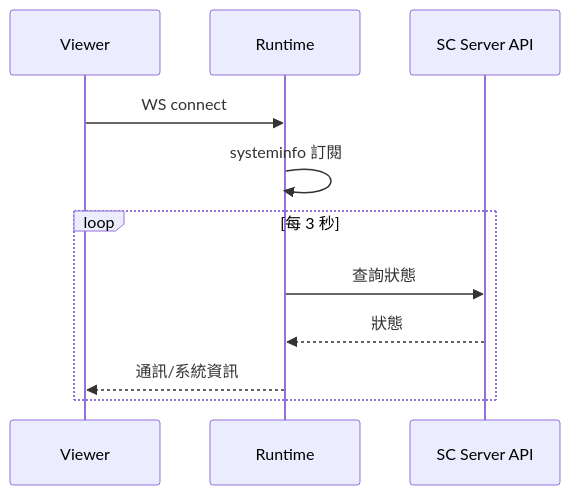
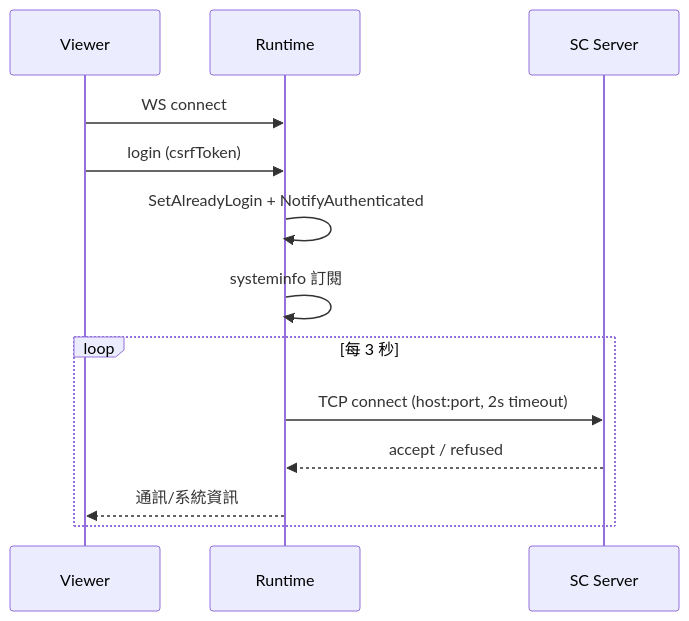
One commit to PochengChen-del/EdgeViewDoc changed diagram 13 of 14 in SDS/09_Key_Flows.md. Above: the diagram before and after it, drawn with Mermaid. The commit also changed other lines of this file and 8 other files, not shown here.

````diff
--- a/SDS/09_Key_Flows.md
+++ b/SDS/09_Key_Flows.md
@@ -308,13 +308,15 @@
 ```mermaid
 sequenceDiagram
     participant V as Viewer
     participant P as Runtime
-    participant S as SC Server API
+    participant S as SC Server
     V->>P: WS connect
+    V->>P: login (csrfToken)
+    P->>P: SetAlreadyLogin + NotifyAuthenticated
     P->>P: systeminfo 訂閱
     loop 每 3 秒
-        P->>S: 查詢狀態
-        S-->>P: 狀態
+        P->>S: TCP connect (host:port, 2s timeout)
+        S-->>P: accept / refused
         P-->>V: 通訊/系統資訊
     end
 ```
````
